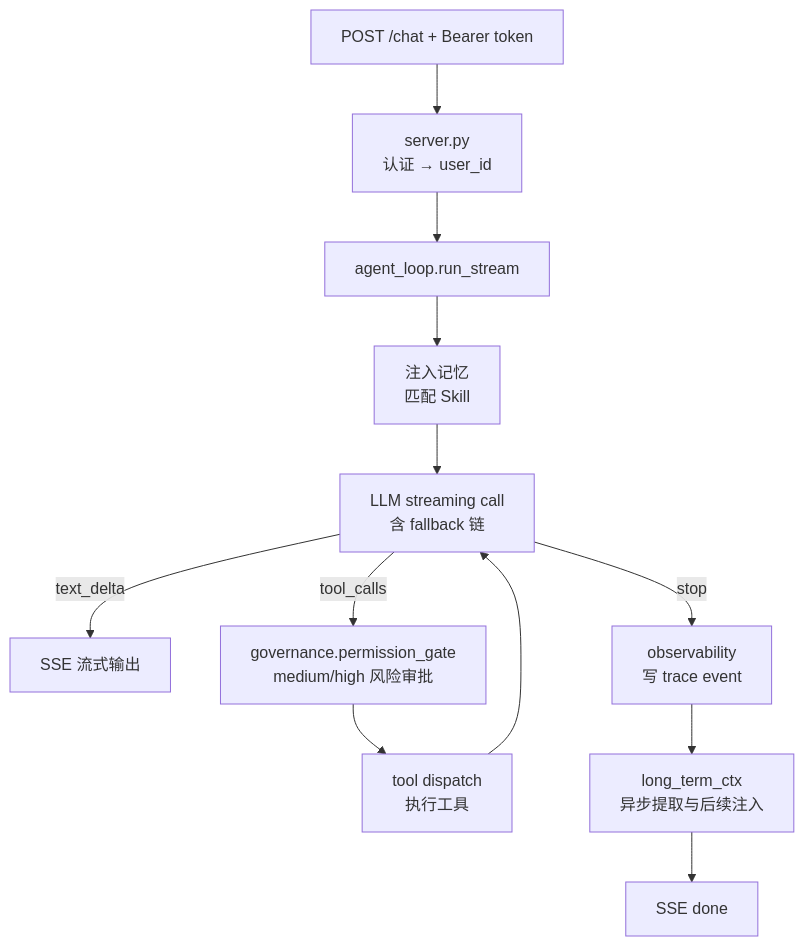
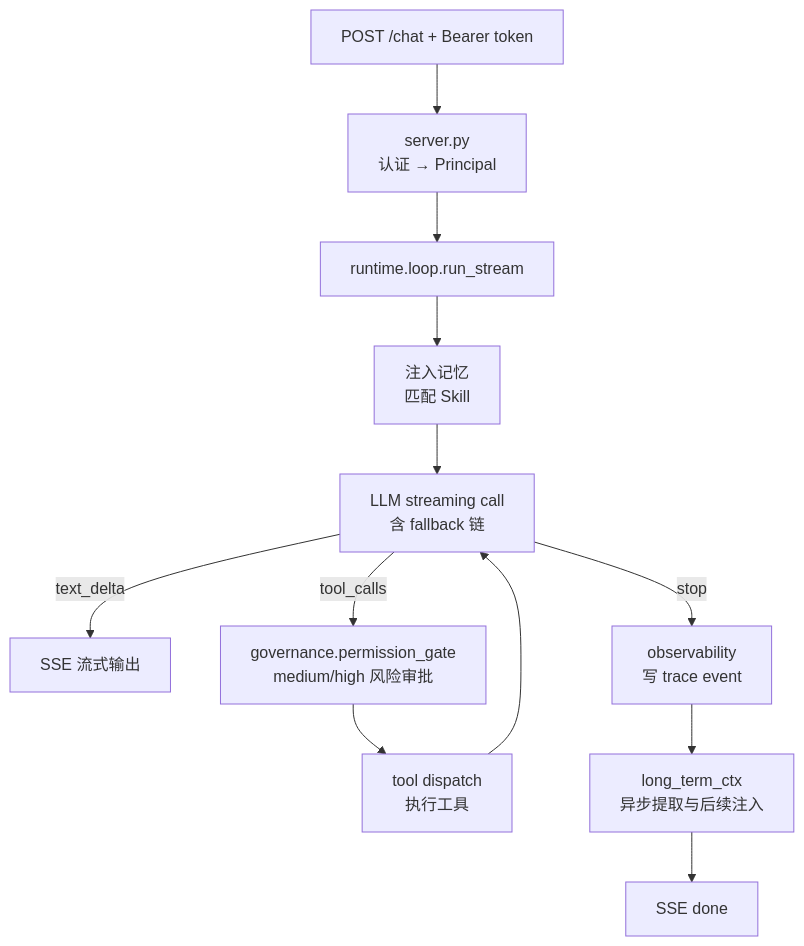
Before and after one commit to Summy2104/fleetent: the first of 4 diagrams in docs/architecture.md, drawn with Mermaid. The commit also changed other lines of this file and 3 other files, not shown here.

First line of the commit message:
docs: remove source-module-organization-roadmap + retarget spec; dedup architecture.md

````diff
--- a/docs/architecture.md
+++ b/docs/architecture.md
@@ -126,14 +31,14 @@
 ```mermaid
 flowchart TD
-    A["POST /chat + Bearer token"] --> B["server.py\n认证 → user_id"]
-    B --> C["agent_loop.run_stream"]
+    A["POST /chat + Bearer token"] --> B["server.py\n认证 → Principal"]
+    B --> C["runtime.loop.run_stream"]
     C --> D["注入记忆\n匹配 Skill"]
     D --> E["LLM streaming call\n含 fallback 链"]
     E -->|text_delta| F["SSE 流式输出"]
     E -->|tool_calls| G["governance.permission_gate\nmedium/high 风险审批"]
     G --> H["tool dispatch\n执行工具"]
     H --> E
     E -->|stop| I["observability\n写 trace event"]
     I --> J["long_term_ctx\n异步提取与后续注入"]
     J --> K["SSE done"]
 ```
````
